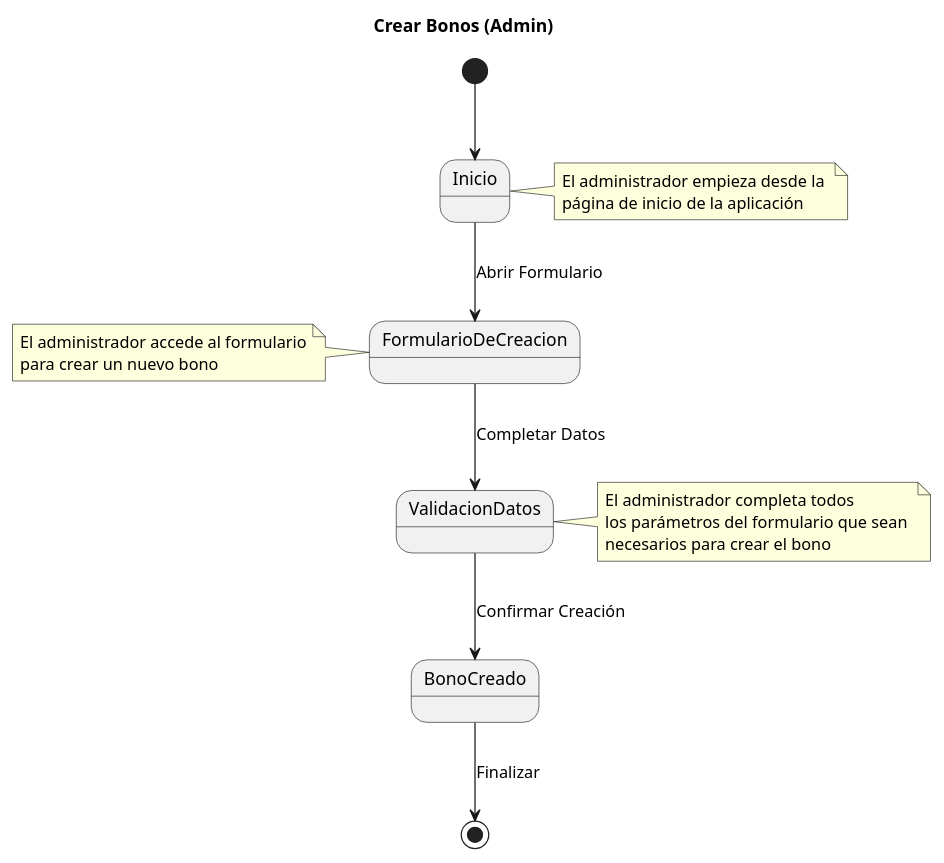
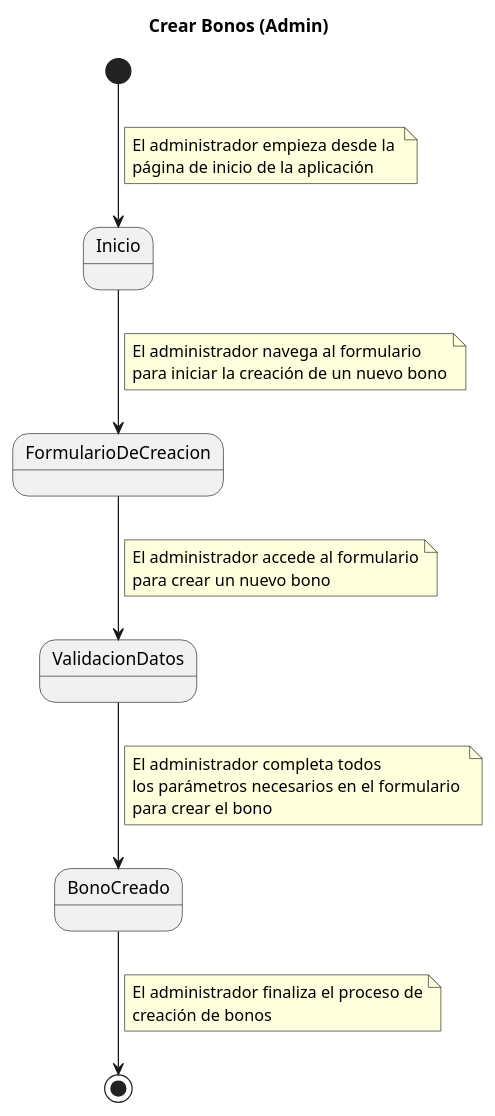
One commit to pablarce/23-24-IdSw1-SDR changed the diagram in CasosDeUso/CduDetallados/CduBonos/CrearBonos.puml. Above: the diagram before and after it, drawn with PlantUML. The commit also changed 11 other files, not shown here.

```diff
--- a/CasosDeUso/CduDetallados/CduBonos/CrearBonos.puml
+++ b/CasosDeUso/CduDetallados/CduBonos/CrearBonos.puml
@@ -1,27 +1,35 @@
 @startuml
 title Crear Bonos (Admin)
 
 [*] --> Inicio
-note right of Inicio
+note right on link
 El administrador empieza desde la 
 página de inicio de la aplicación
 end note
 
-Inicio --> FormularioDeCreacion : Abrir Formulario
+Inicio --> FormularioDeCreacion
+note right on link
+El administrador navega al formulario
+para iniciar la creación de un nuevo bono
+end note
 
-FormularioDeCreacion --> ValidacionDatos : Completar Datos
-note left of FormularioDeCreacion 
+FormularioDeCreacion --> ValidacionDatos
+note right on link
 El administrador accede al formulario
 para crear un nuevo bono
 end note
 
-ValidacionDatos --> BonoCreado : Confirmar Creación
-note right of ValidacionDatos 
+ValidacionDatos --> BonoCreado
+note right on link
 El administrador completa todos
-los parámetros del formulario que sean 
-necesarios para crear el bono
+los parámetros necesarios en el formulario 
+para crear el bono
 end note
 
-BonoCreado --> [*] : Finalizar
+BonoCreado --> [*]
+note right on link
+El administrador finaliza el proceso de
+creación de bonos
+end note
 
 @enduml
```
